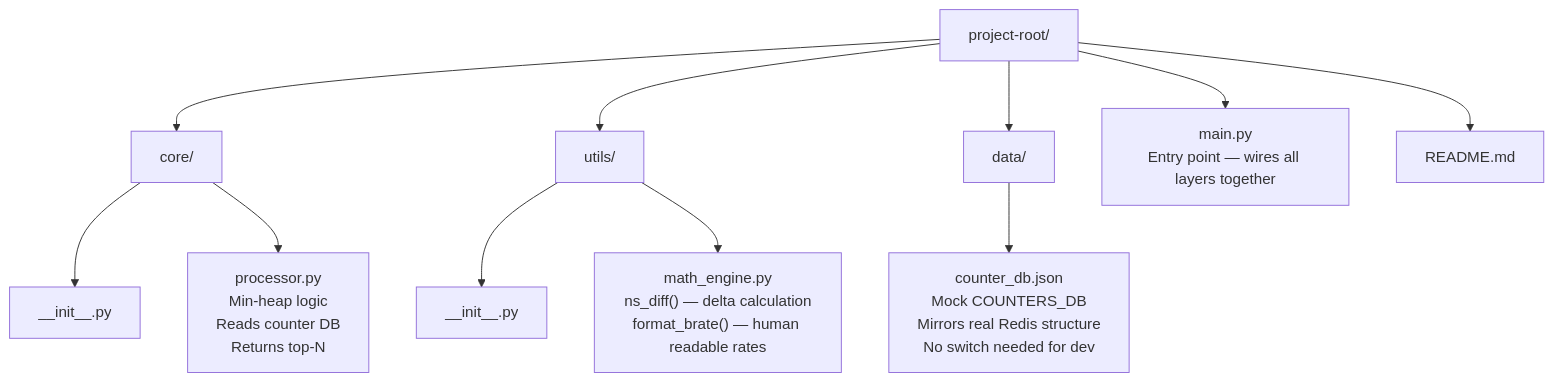
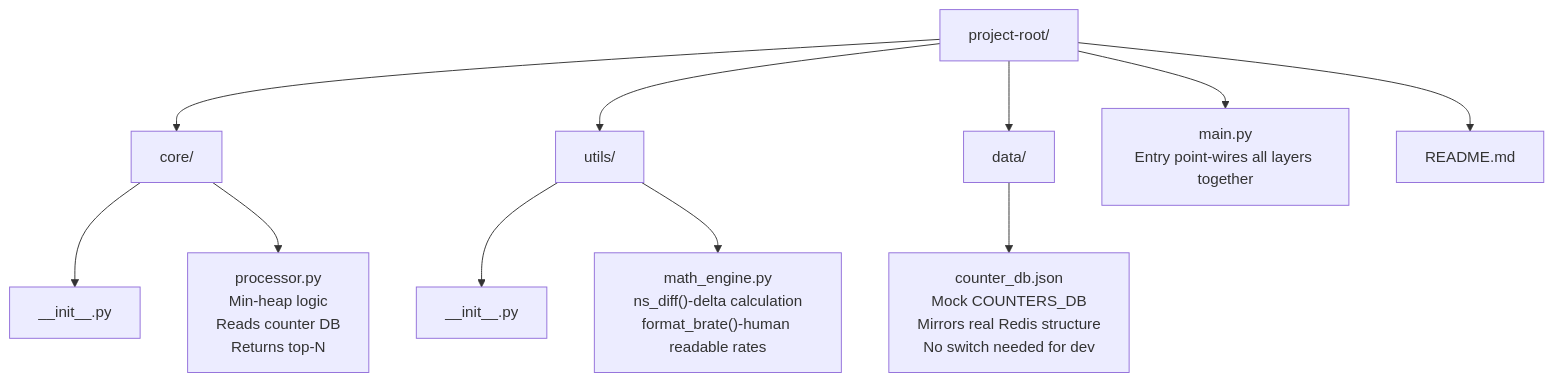
Before and after one commit to jayzalani/Sonic_top_n_interface: the first of 11 diagrams in readme.md, drawn with Mermaid. The commit also changed other lines of this file, not shown here.

````diff
--- a/readme.md
+++ b/readme.md
@@ -49,31 +49,31 @@
 ```mermaid
 graph TD
     ROOT["project-root/"]
     CORE["core/"]
     UTILS["utils/"]
     DATA["data/"]
-    MAIN["main.py\nEntry point — wires all layers together"]
+    MAIN["main.py\nEntry point-wires all layers together"]
     README["README.md"]
 
     INIT1["__init__.py"]
     PROC["processor.py\nMin-heap logic\nReads counter DB\nReturns top-N"]
 
     INIT2["__init__.py"]
-    MATH["math_engine.py\nns_diff() — delta calculation\nformat_brate() — human readable rates"]
+    MATH["math_engine.py\nns_diff()-delta calculation\nformat_brate()-human readable rates"]
 
     DB["counter_db.json\nMock COUNTERS_DB\nMirrors real Redis structure\nNo switch needed for dev"]
 
     ROOT --> CORE
     ROOT --> UTILS
     ROOT --> DATA
     ROOT --> MAIN
     ROOT --> README
 
     CORE --> INIT1
     CORE --> PROC
 
     UTILS --> INIT2
     UTILS --> MATH
 
     DATA --> DB
 ```
````
